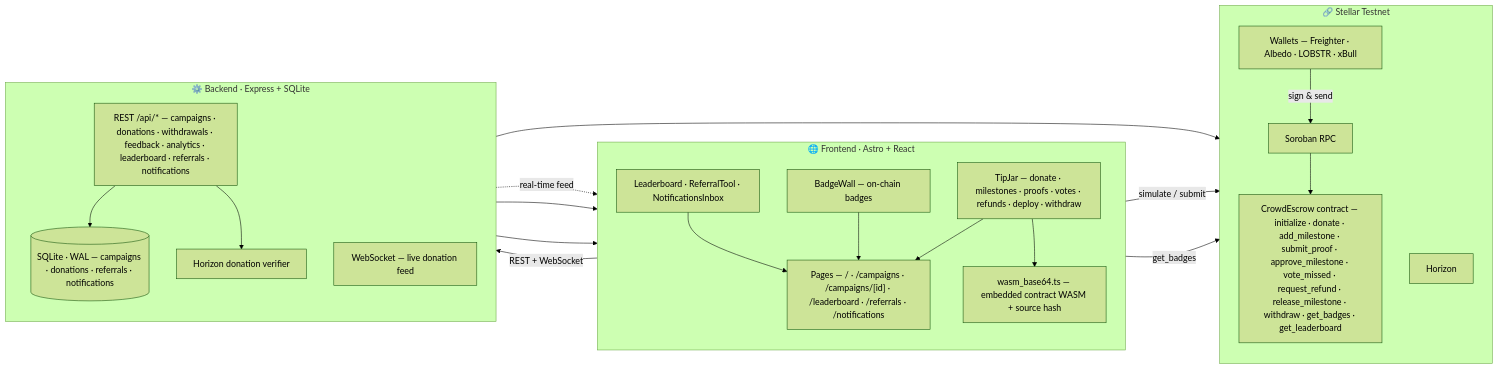
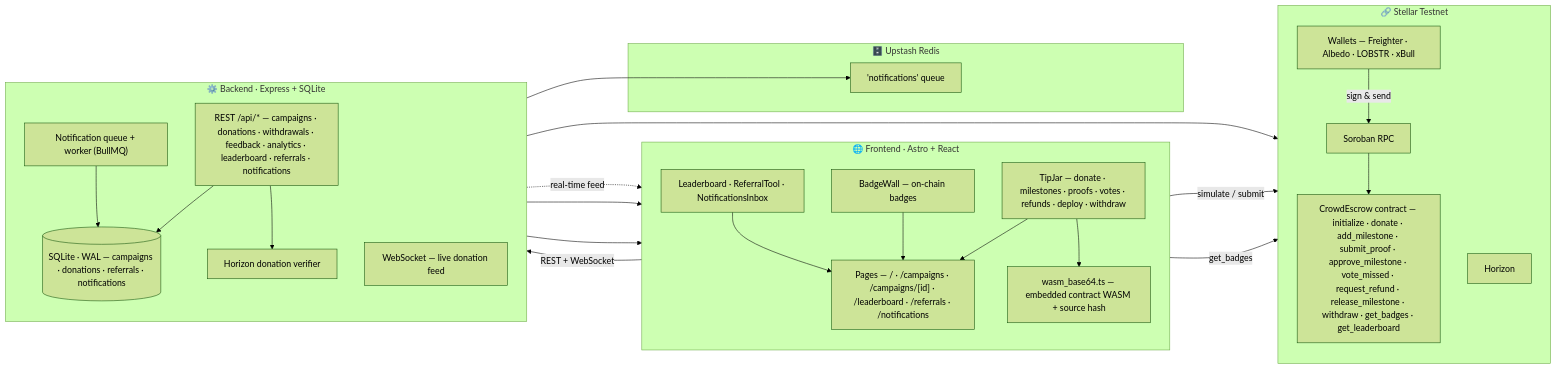
One commit to itsmypritam/Crowdfund changed the second of 2 diagrams in README.md. Above: the diagram before and after it, drawn with Mermaid (forest theme). The commit also changed other lines of this file and 9 other files, not shown here.

First line of the commit message:
feat: add BullMQ notification queue backed by Upstash Redis

````diff
--- a/README.md
+++ b/README.md
@@ -272,43 +342,50 @@
 ```mermaid
 flowchart LR
     subgraph UI["🌐 Frontend · Astro + React"]
         direction TB
         P["Pages — / · /campaigns · /campaigns/[id] · /leaderboard · /referrals · /notifications"]
         TJ["TipJar — donate · milestones · proofs · votes · refunds · deploy · withdraw"]
         BW["BadgeWall — on-chain badges"]
         NEW["Leaderboard · ReferralTool · NotificationsInbox"]
         WASM["wasm_base64.ts — embedded contract WASM + source hash"]
     end
 
     subgraph API["⚙️ Backend · Express + SQLite"]
         direction TB
         R["REST /api/* — campaigns · donations · withdrawals · feedback · analytics · leaderboard · referrals · notifications"]
         WS["WebSocket — live donation feed"]
         DB[("SQLite · WAL — campaigns · donations · referrals · notifications")]
         HZ["Horizon donation verifier"]
+        NQ["Notification queue + worker (BullMQ)"]
+    end
+
+    subgraph CACHE["🗄️ Upstash Redis"]
+        Q["'notifications' queue"]
     end
 
     subgraph CH["🔗 Stellar Testnet"]
         direction TB
         RPC["Soroban RPC"]
         CT["CrowdEscrow contract — initialize · donate · add_milestone · submit_proof · approve_milestone · vote_missed · request_refund · release_milestone · withdraw · get_badges · get_leaderboard"]
         WL["Wallets — Freighter · Albedo · LOBSTR · xBull"]
         HOR["Horizon"]
     end
 
     TJ --> P
     BW --> P
     NEW --> P
     P -->|REST + WebSocket| R
     WS -. real-time feed .-> TJ
     R --> DB
     R --> HZ
     HZ --> HOR
+    NQ --> Q
+    NQ --> DB
     TJ -->|simulate / submit| RPC
     BW -->|get_badges| RPC
     WL -->|sign & send| RPC
     RPC --> CT
     R --> TJ
     R --> NEW
     TJ --> WASM
 ```
````
